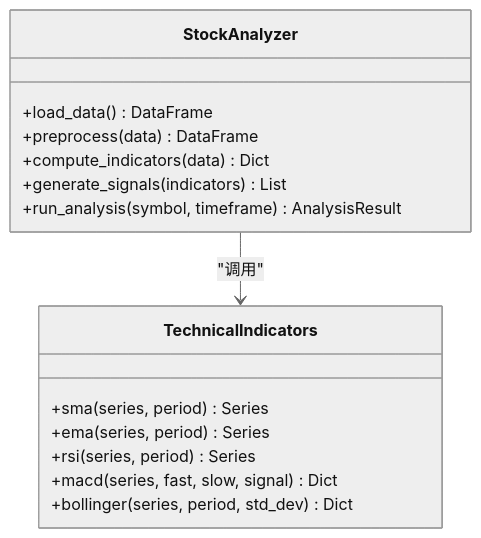
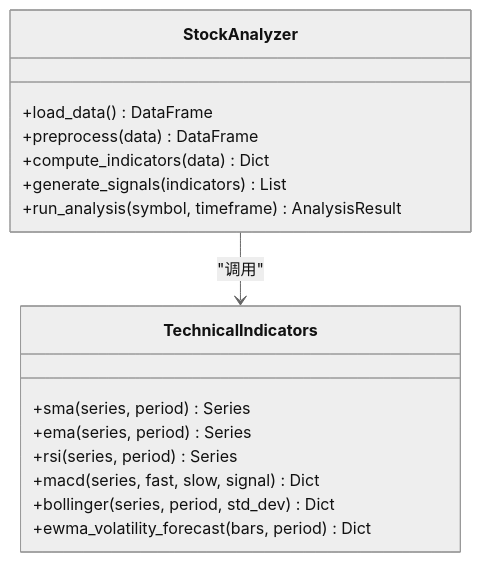
One commit to anYaoooo/daily_stock_analysis changed the fifth of 10 diagrams in .qoder/repowiki/zh/content/交易策略系统/技术指标系统.md. Above: the diagram before and after it, drawn with Mermaid (neutral theme). The commit also changed other lines of this file and 23 other files, not shown here.

````diff
--- a/.qoder/repowiki/zh/content/交易策略系统/技术指标系统.md
+++ b/.qoder/repowiki/zh/content/交易策略系统/技术指标系统.md
@@ -192,18 +235,19 @@
 ```mermaid
 classDiagram
 class StockAnalyzer {
 +load_data() DataFrame
 +preprocess(data) DataFrame
 +compute_indicators(data) Dict
 +generate_signals(indicators) List
 +run_analysis(symbol, timeframe) AnalysisResult
 }
 class TechnicalIndicators {
 +sma(series, period) Series
 +ema(series, period) Series
 +rsi(series, period) Series
 +macd(series, fast, slow, signal) Dict
 +bollinger(series, period, std_dev) Dict
++ewma_volatility_forecast(bars, period) Dict
 }
 StockAnalyzer --> TechnicalIndicators : "调用"
 ```
````
